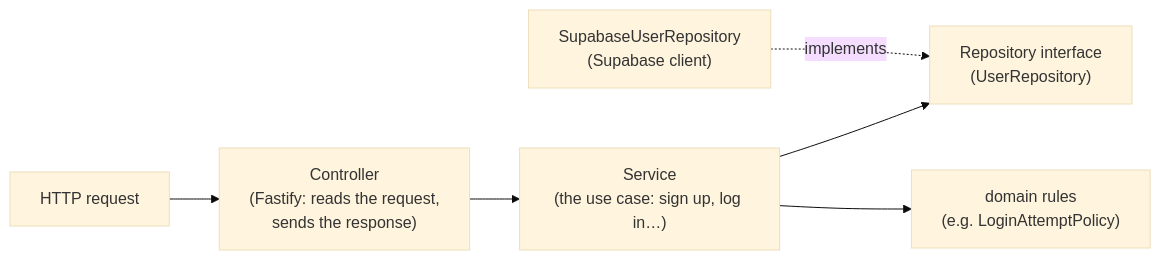
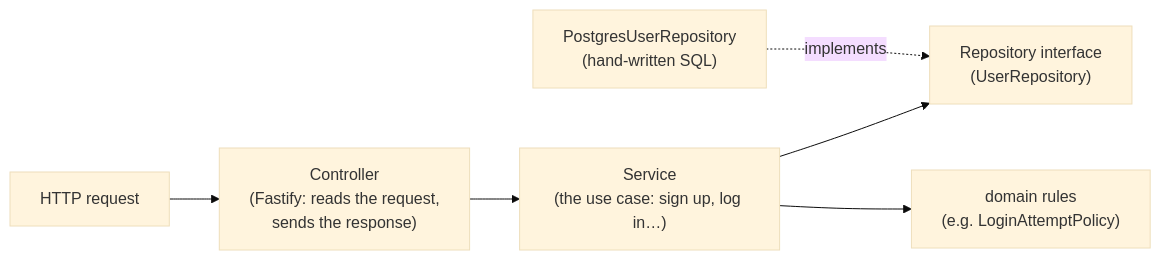
The third of 3 diagrams in docs/developer-guide.md (MESW-LES-2627/les-project-group-5), drawn with Mermaid (base theme) before and after one commit. The commit also changed other lines of this file and 13 other files, not shown here.

````diff
--- a/docs/developer-guide.md
+++ b/docs/developer-guide.md
@@ -148,8 +148,8 @@
 ```mermaid
 flowchart LR
   http["HTTP request"] --> c["Controller<br/>(Fastify: reads the request,<br/>sends the response)"]
   c --> s["Service<br/>(the use case: sign up, log in…)"]
   s --> ri["Repository interface<br/>(UserRepository)"]
-  sql["SupabaseUserRepository<br/>(Supabase client)"] -. implements .-> ri
+  sql["PostgresUserRepository<br/>(hand-written SQL)"] -. implements .-> ri
   s --> d["domain rules<br/>(e.g. LoginAttemptPolicy)"]
 ```
````
